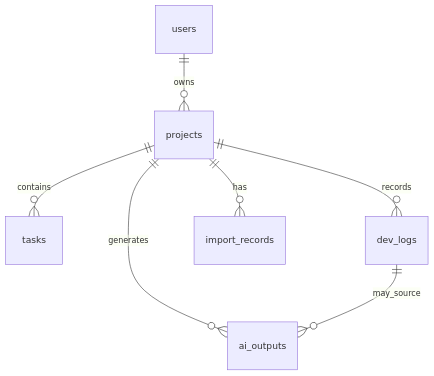
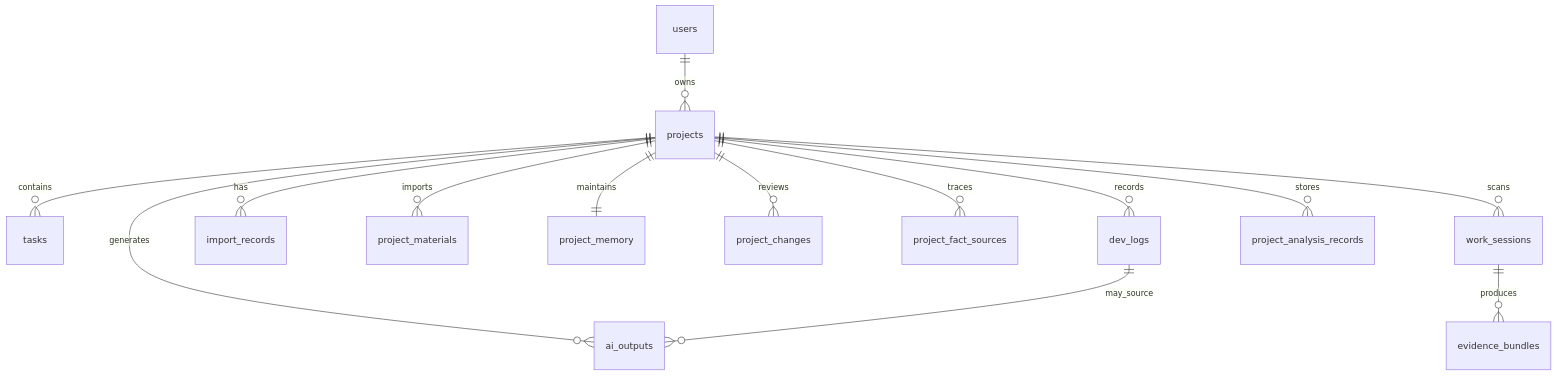
One commit to xiaochuqing-dev/ProjectFlow changed the diagram in docs/data-model.md. Above: the diagram before and after it, drawn with Mermaid. The commit also changed other lines of this file and 2 other files, not shown here.

````diff
--- a/docs/data-model.md
+++ b/docs/data-model.md
@@ -7,9 +7,16 @@
 ```mermaid
 erDiagram
     users ||--o{ projects : owns
     projects ||--o{ tasks : contains
     projects ||--o{ dev_logs : records
     projects ||--o{ import_records : has
     projects ||--o{ ai_outputs : generates
+    projects ||--o{ project_materials : imports
+    projects ||--|| project_memory : maintains
+    projects ||--o{ project_changes : reviews
+    projects ||--o{ project_fact_sources : traces
+    projects ||--o{ work_sessions : scans
+    work_sessions ||--o{ evidence_bundles : produces
+    projects ||--o{ project_analysis_records : stores
     dev_logs ||--o{ ai_outputs : may_source
 ```
````
